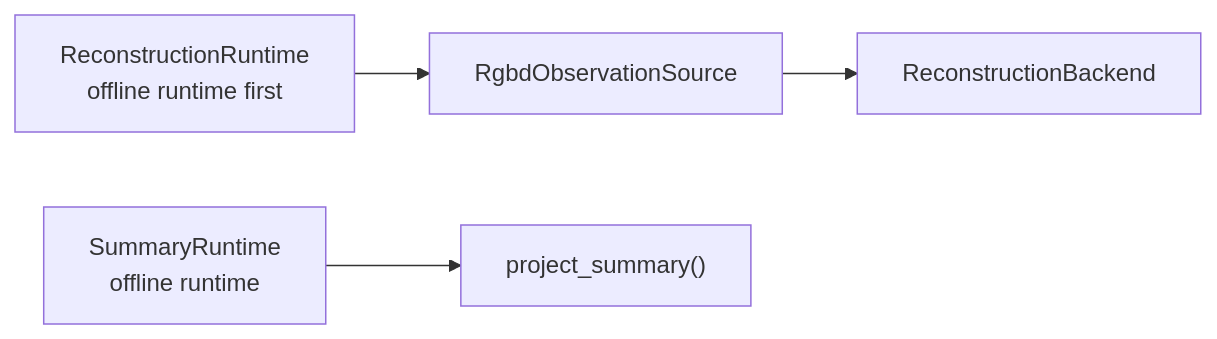
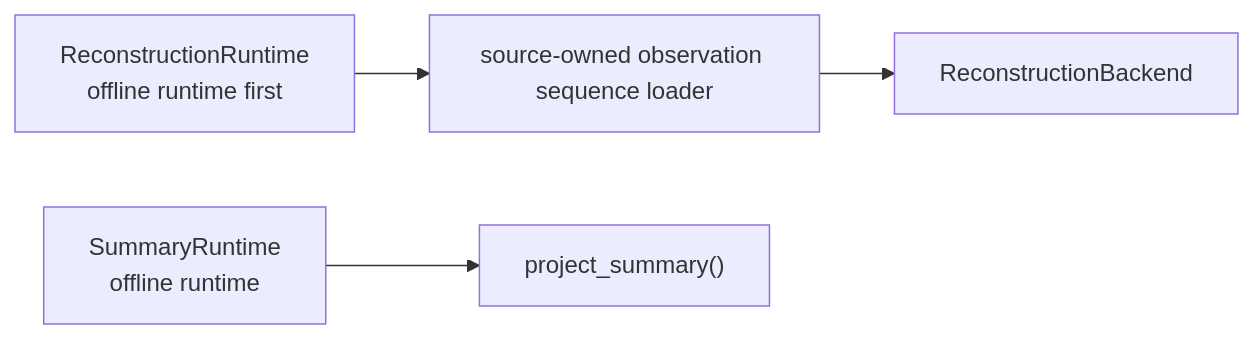
Before and after one commit to JanDuchscherer104/prml-vslam: the tenth of 18 diagrams in docs/architecture/pipeline-stage-refactor-target.md, drawn with Mermaid. The commit also changed other lines of this file and 178 other files, not shown here.

````diff
--- a/docs/architecture/pipeline-stage-refactor-target.md
+++ b/docs/architecture/pipeline-stage-refactor-target.md
@@ -892,11 +892,11 @@
 ```mermaid
 flowchart LR
     ReconRuntime["ReconstructionRuntime<br/>offline runtime first"]
-    ObsSource["RgbdObservationSource"]
+    ObsLoader["source-owned observation sequence loader"]
     ReconBackend["ReconstructionBackend"]
     SummaryRuntime["SummaryRuntime<br/>offline runtime"]
     SummaryExecutor["project_summary()"]
 
-    ReconRuntime --> ObsSource --> ReconBackend
+    ReconRuntime --> ObsLoader --> ReconBackend
     SummaryRuntime --> SummaryExecutor
 ```
````
